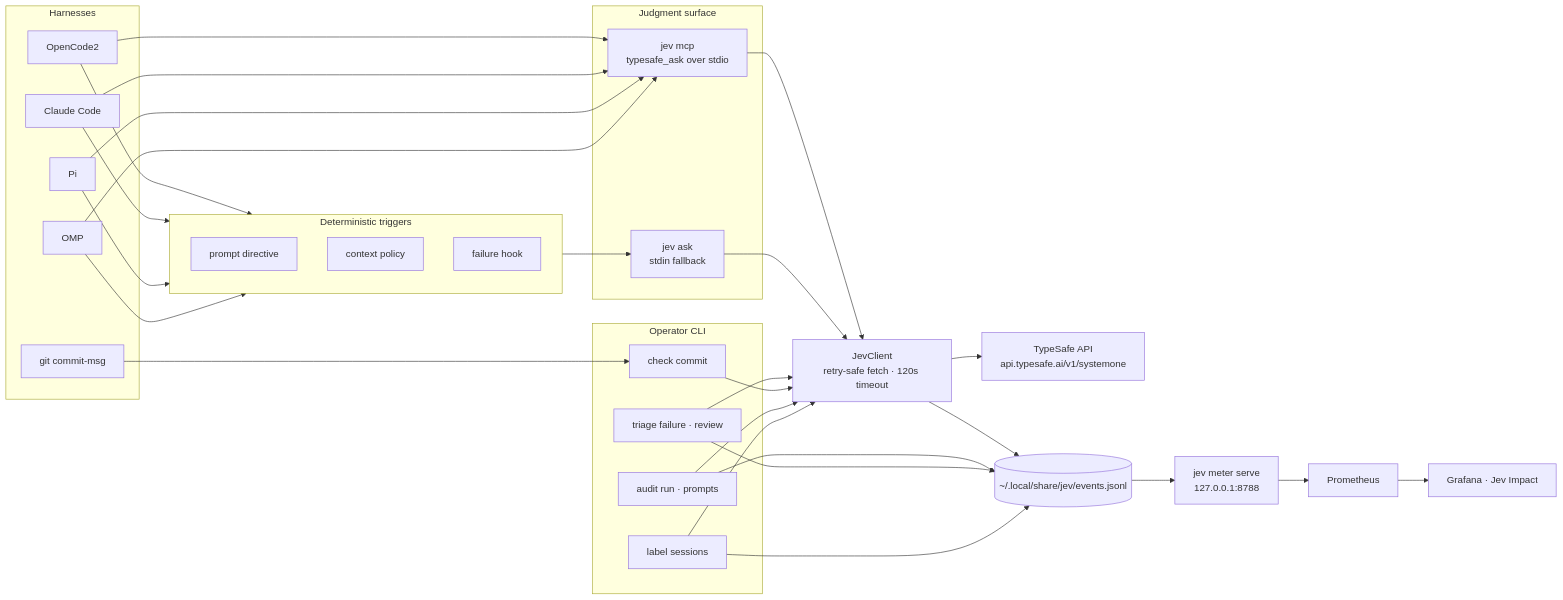
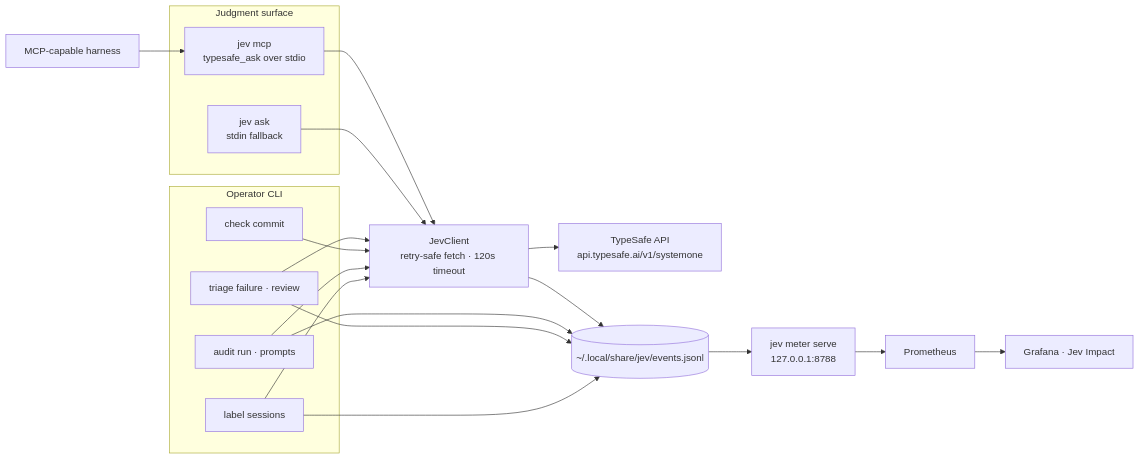
The first of 7 diagrams in docs/architecture.md (jbt95/jev-toolkit), drawn with Mermaid before and after one commit. The commit also changed other lines of this file and 35 other files, not shown here.

````diff
--- a/docs/architecture.md
+++ b/docs/architecture.md
@@ -8,49 +8,32 @@
 ```mermaid
 flowchart LR
-  subgraph harnesses["Harnesses"]
-    OC["OpenCode2"]
-    CC["Claude Code"]
-    PI["Pi"]
-    OMP["OMP"]
-    GH["git commit-msg"]
-  end
+  HARNESS["MCP-capable harness"]
 
   subgraph judgment["Judgment surface"]
     MCP["jev mcp<br/>typesafe_ask over stdio"]
     ASK["jev ask<br/>stdin fallback"]
-  end
-
-  subgraph triggers["Deterministic triggers"]
-    PROMPT["prompt directive"]
-    CONTEXT["context policy"]
-    FAIL["failure hook"]
   end
 
   subgraph operator["Operator CLI"]
     TRIAGE["triage failure · review"]
     CHECK["check commit"]
     AUDIT["audit run · prompts"]
     LABEL["label sessions"]
   end
 
   API["TypeSafe API<br/>api.typesafe.ai/v1/systemone"]
   CLIENT["JevClient<br/>retry-safe fetch · 120s timeout"]
   LOG[("~/.local/share/jev/events.jsonl")]
   METER["jev meter serve<br/>127.0.0.1:8788"]
   PROM["Prometheus"]
   GRAF["Grafana · Jev Impact"]
 
-  OC & CC & PI & OMP --> MCP
-  OC & CC & PI & OMP --> triggers
-  triggers --> ASK
+  HARNESS --> MCP
   MCP --> CLIENT
   ASK --> CLIENT
   TRIAGE & CHECK & AUDIT & LABEL --> CLIENT
-  GH --> CHECK
   CLIENT --> API
   CLIENT --> LOG
-  AUDIT --> LOG
-  TRIAGE --> LOG
-  LABEL --> LOG
+  AUDIT & TRIAGE & LABEL --> LOG
   LOG --> METER --> PROM --> GRAF
 ```
````
